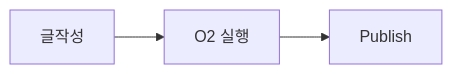
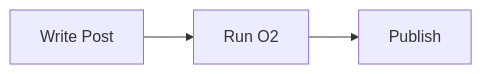
Before and after one commit to songkg7/songkg7.github.io: the second of 2 diagrams in i18n/en/docusaurus-plugin-content-blog/2023-04-26/Image-optimazation-for-SEO.md, drawn with Mermaid. The commit also changed other lines of this file and 8 other files, not shown here.

````diff
--- a/i18n/en/docusaurus-plugin-content-blog/2023-04-26/Image-optimazation-for-SEO.md
+++ b/i18n/en/docusaurus-plugin-content-blog/2023-04-26/Image-optimazation-for-SEO.md
@@ -178,4 +195,4 @@
 ```mermaid
 flowchart LR
-    A[글작성] --> B[O2 실행] --> D[Publish]
+    A[Write Post] --> B[Run O2] --> D[Publish]
 ```
````
